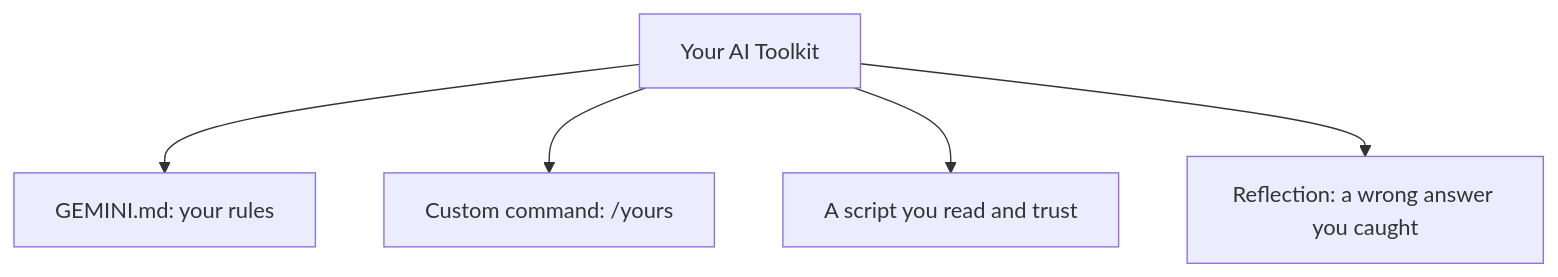
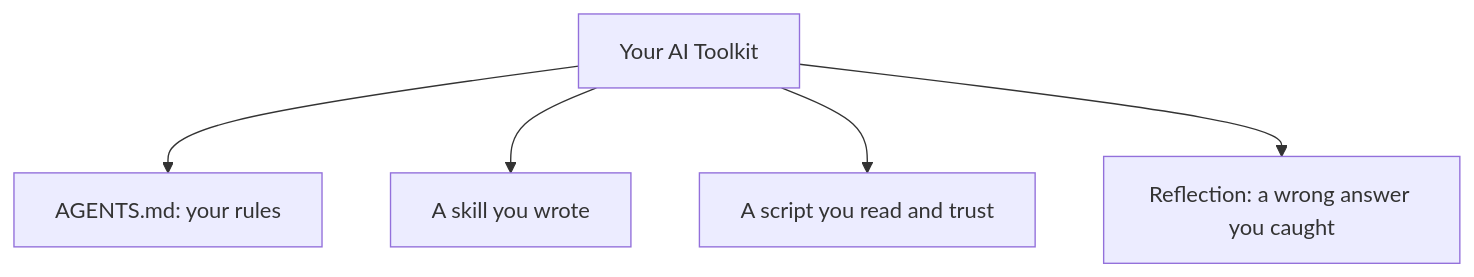
The diagram in docs/lessons/a08.md (KakkoiDev/izumo-io), drawn with Mermaid before and after one commit. The commit also changed other lines of this file and 19 other files, not shown here.

````diff
--- a/docs/lessons/a08.md
+++ b/docs/lessons/a08.md
@@ -20,7 +20,7 @@
 ```mermaid
 flowchart TD
-    T[Your AI Toolkit] --> M[GEMINI.md: your rules]
-    T --> C["Custom command: /yours"]
+    T[Your AI Toolkit] --> M[AGENTS.md: your rules]
+    T --> C[A skill you wrote]
     T --> S[A script you read and trust]
     T --> R[Reflection: a wrong answer you caught]
 ```
````
